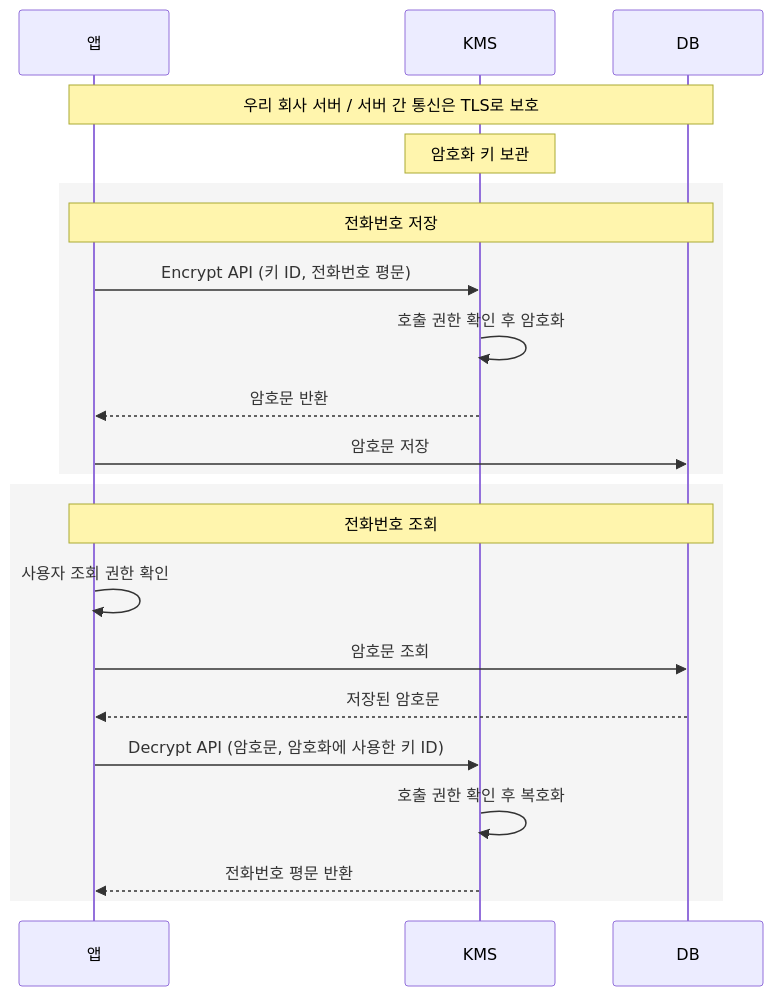
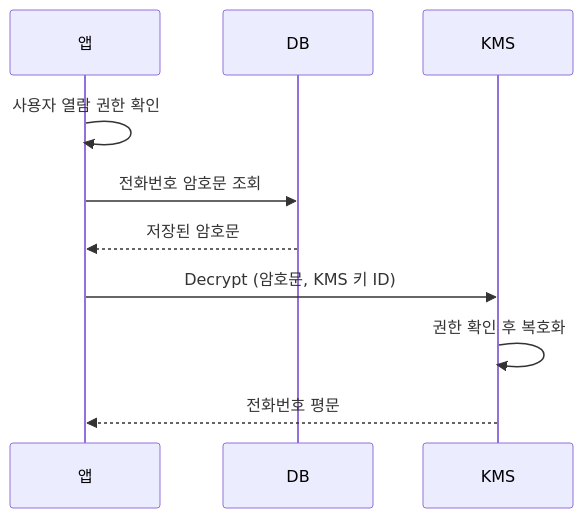
The second of 4 diagrams in _posts/2026-10-03-kms-envelope-encryption.md (ydj515/ydj515.github.io), drawn with Mermaid before and after one commit. The commit also changed other lines of this file, not shown here.

Commit message:
docs: update kms

````diff
--- a/_posts/2026-10-03-kms-envelope-encryption.md
+++ b/_posts/2026-10-03-kms-envelope-encryption.md
@@ -50,24 +70,12 @@
 ```mermaid
 sequenceDiagram
     participant App as 앱
+    participant DB as DB
     participant KMS as KMS
-    participant DB as DB
-    Note over App,DB: 우리 회사 서버 / 서버 간 통신은 TLS로 보호
-    Note over KMS: 암호화 키 보관
-    rect rgba(128, 128, 128, 0.08)
-        Note over App,DB: 전화번호 저장
-        App->>KMS: Encrypt API (키 ID, 전화번호 평문)
-        KMS->>KMS: 호출 권한 확인 후 암호화
-        KMS-->>App: 암호문 반환
-        App->>DB: 암호문 저장
-    end
-    rect rgba(128, 128, 128, 0.08)
-        Note over App,DB: 전화번호 조회
-        App->>App: 사용자 조회 권한 확인
-        App->>DB: 암호문 조회
-        DB-->>App: 저장된 암호문
-        App->>KMS: Decrypt API (암호문, 암호화에 사용한 키 ID)
-        KMS->>KMS: 호출 권한 확인 후 복호화
-        KMS-->>App: 전화번호 평문 반환
-    end
+    App->>App: 사용자 열람 권한 확인
+    App->>DB: 전화번호 암호문 조회
+    DB-->>App: 저장된 암호문
+    App->>KMS: Decrypt (암호문, KMS 키 ID)
+    KMS->>KMS: 권한 확인 후 복호화
+    KMS-->>App: 전화번호 평문
 ```
````
